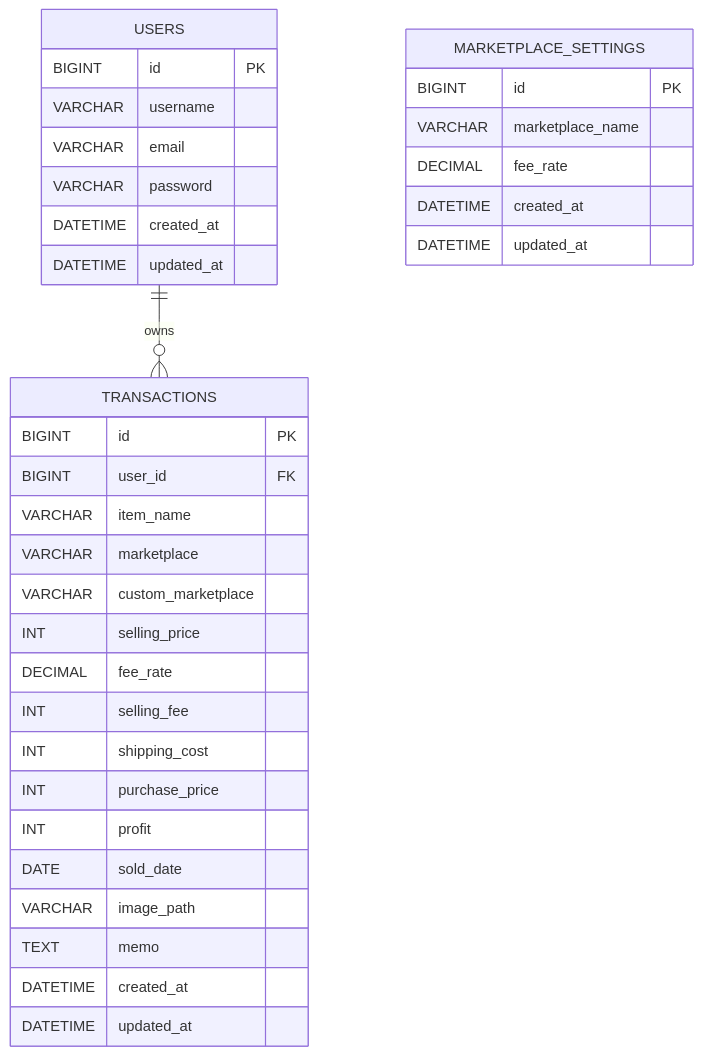
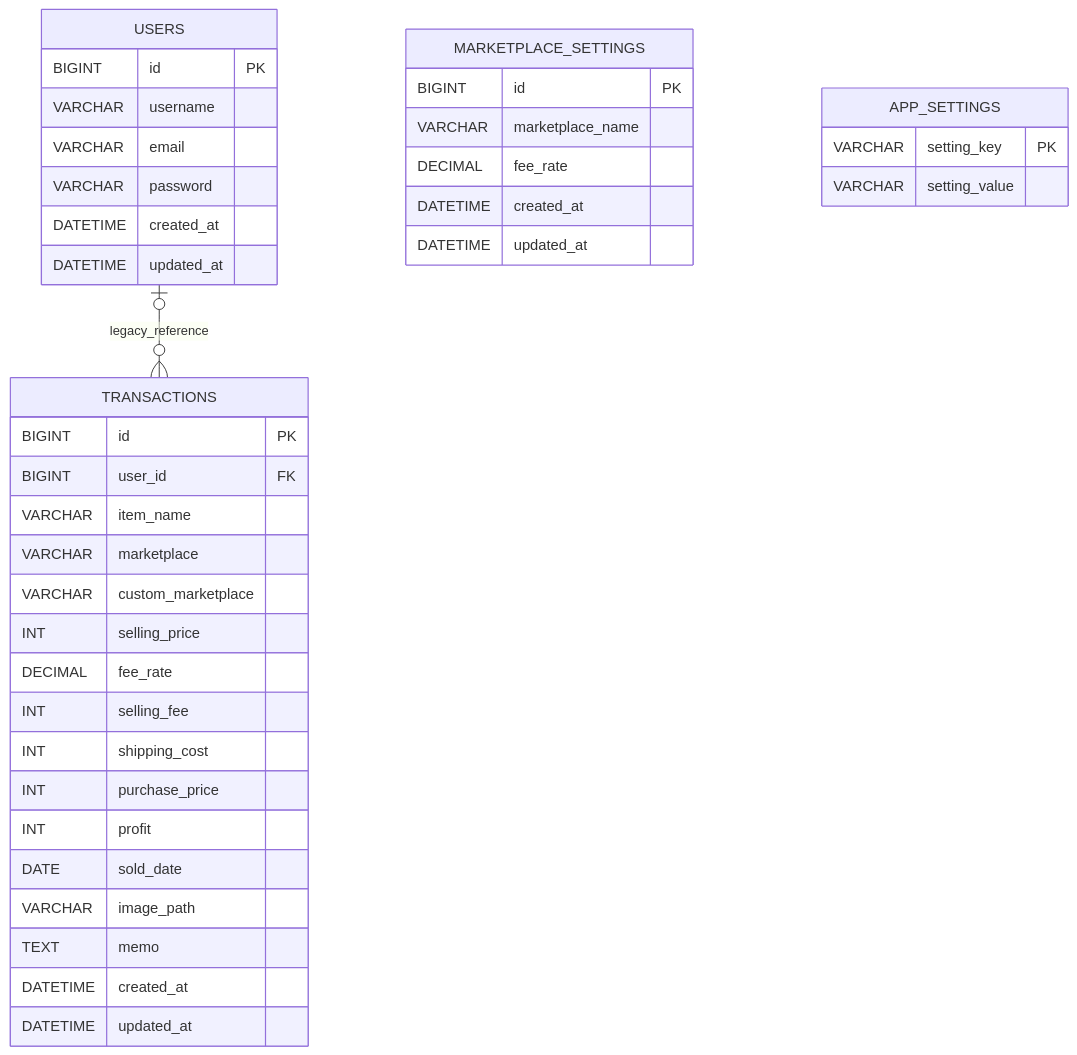
The diagram in 03_er_design.md (YutaK1014/Web), drawn with Mermaid before and after one commit. The commit also changed other lines of this file and 11 other files, not shown here.

````diff
--- a/03_er_design.md
+++ b/03_er_design.md
@@ -3,40 +3,45 @@
 ```mermaid
 erDiagram
-    USERS ||--o{ TRANSACTIONS : owns
+    USERS |o--o{ TRANSACTIONS : legacy_reference
 
     USERS {
         BIGINT id PK
         VARCHAR username
         VARCHAR email
         VARCHAR password
         DATETIME created_at
         DATETIME updated_at
     }
 
     TRANSACTIONS {
         BIGINT id PK
         BIGINT user_id FK
         VARCHAR item_name
         VARCHAR marketplace
         VARCHAR custom_marketplace
         INT selling_price
         DECIMAL fee_rate
         INT selling_fee
         INT shipping_cost
         INT purchase_price
         INT profit
         DATE sold_date
         VARCHAR image_path
         TEXT memo
         DATETIME created_at
         DATETIME updated_at
     }
 
     MARKETPLACE_SETTINGS {
         BIGINT id PK
         VARCHAR marketplace_name
         DECIMAL fee_rate
         DATETIME created_at
         DATETIME updated_at
     }
+
+    APP_SETTINGS {
+        VARCHAR setting_key PK
+        VARCHAR setting_value
+    }
 ```
````
